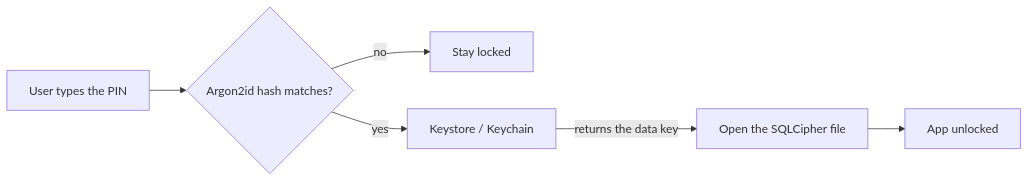
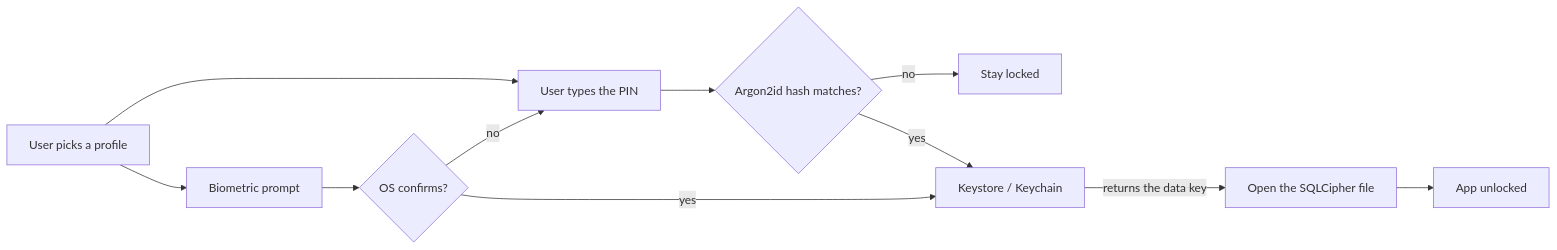
The third of 3 diagrams in docs/architecture.md (kraftartz/friendO), drawn with Mermaid before and after one commit. The commit also changed other lines of this file and 4 other files, not shown here.

````diff
--- a/docs/architecture.md
+++ b/docs/architecture.md
@@ -129,8 +129,13 @@
 ```mermaid
 graph LR
-    PIN["User types the PIN"] --> CHECK{"Argon2id hash matches?"}
+    PROF["User picks a profile"] --> PIN["User types the PIN"]
+    PROF --> BIO["Biometric prompt"]
+    PIN --> CHECK{"Argon2id hash matches?"}
+    BIO --> CHECK2{"OS confirms?"}
+    CHECK2 -->|"no"| PIN
+    CHECK2 -->|"yes"| KS
     CHECK -->|"no"| LOCK["Stay locked"]
     CHECK -->|"yes"| KS["Keystore / Keychain"]
     KS -->|"returns the data key"| OPEN["Open the SQLCipher file"]
     OPEN --> APP["App unlocked"]
 ```
````
